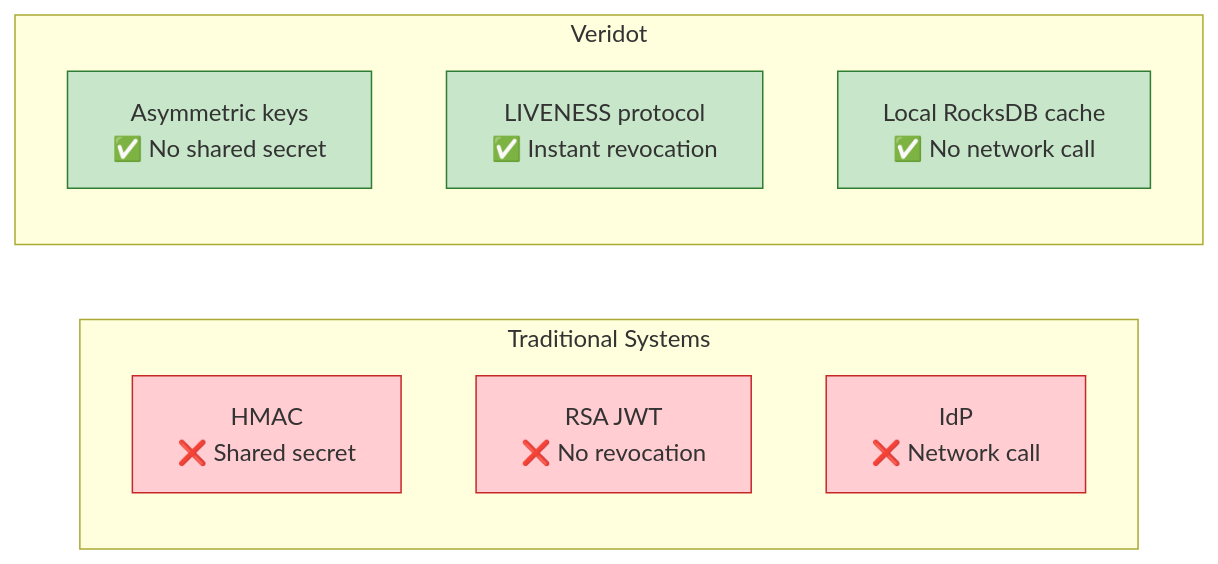
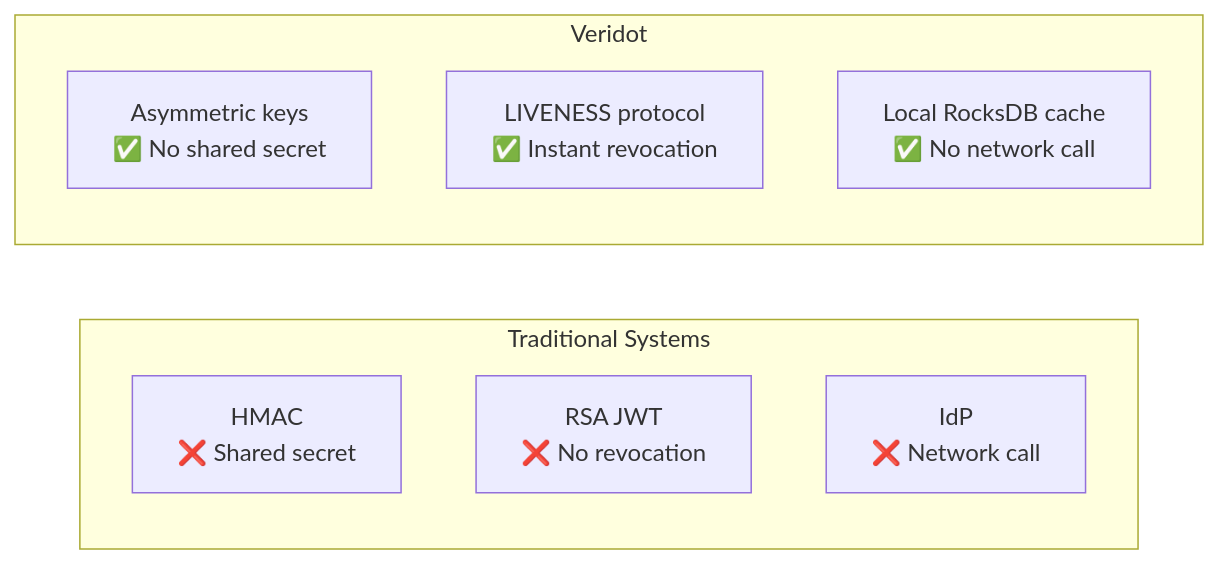
One commit to cyfko/veridot changed the fifth of 6 diagrams in docs/docs/learn/how-veridot-works.md. Above: the diagram before and after it, drawn with Mermaid. The commit also changed other lines of this file and 25 other files, not shown here.

First line of the commit message:
style: remove colorful fill styles from Mermaid diagrams

````diff
--- a/docs/docs/learn/how-veridot-works.md
+++ b/docs/docs/learn/how-veridot-works.md
@@ -292,23 +277,17 @@
 ```mermaid
 graph LR
     subgraph "Traditional Systems"
         direction TB
         T1["HMAC<br/>❌ Shared secret"]
         T2["RSA JWT<br/>❌ No revocation"]
         T3["IdP<br/>❌ Network call"]
     end
 
     subgraph "Veridot"
         direction TB
         V1["Asymmetric keys<br/>✅ No shared secret"]
         V2["LIVENESS protocol<br/>✅ Instant revocation"]
         V3["Local RocksDB cache<br/>✅ No network call"]
     end
 
-    style T1 fill:#ffcdd2,stroke:#c62828
-    style T2 fill:#ffcdd2,stroke:#c62828
-    style T3 fill:#ffcdd2,stroke:#c62828
-    style V1 fill:#c8e6c9,stroke:#2e7d32
-    style V2 fill:#c8e6c9,stroke:#2e7d32
-    style V3 fill:#c8e6c9,stroke:#2e7d32
 ```
````
